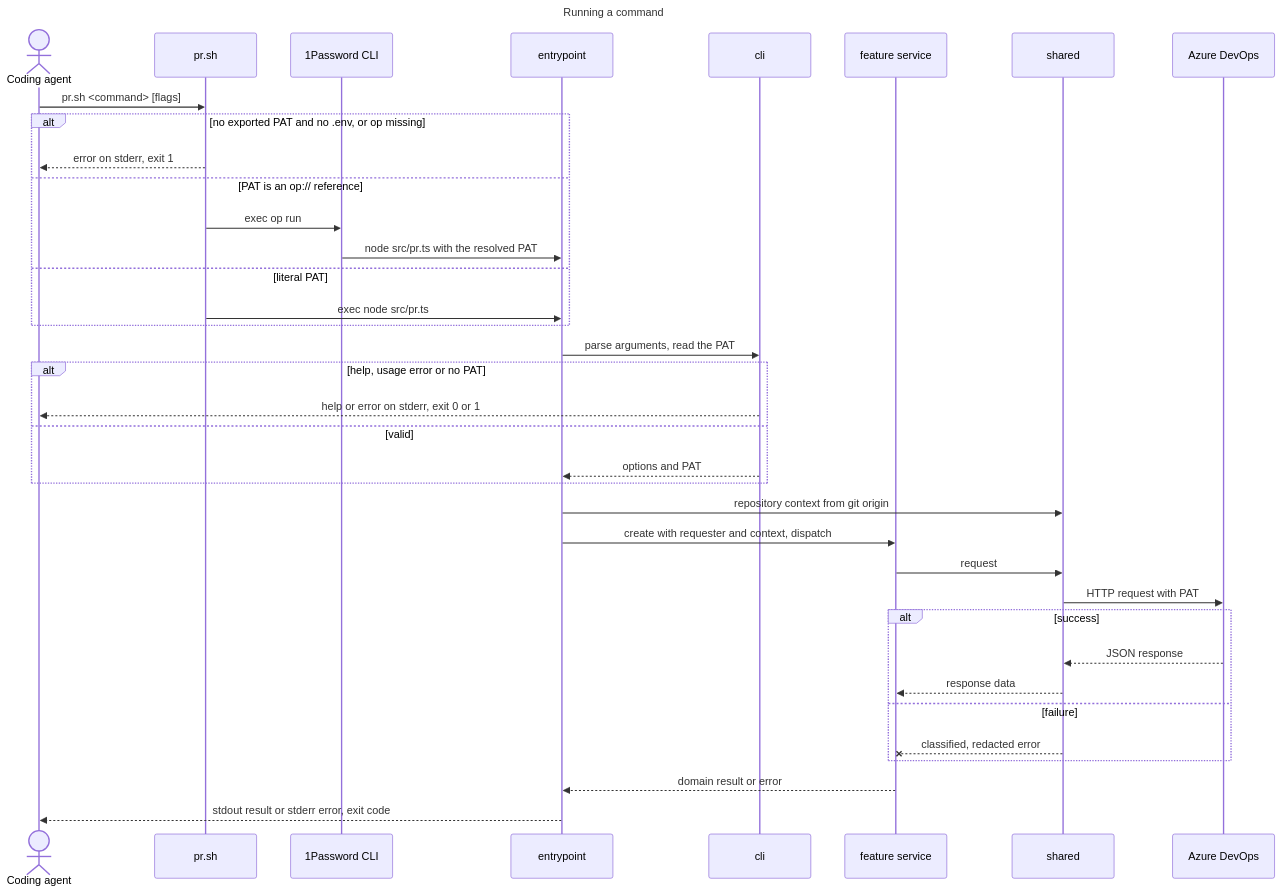
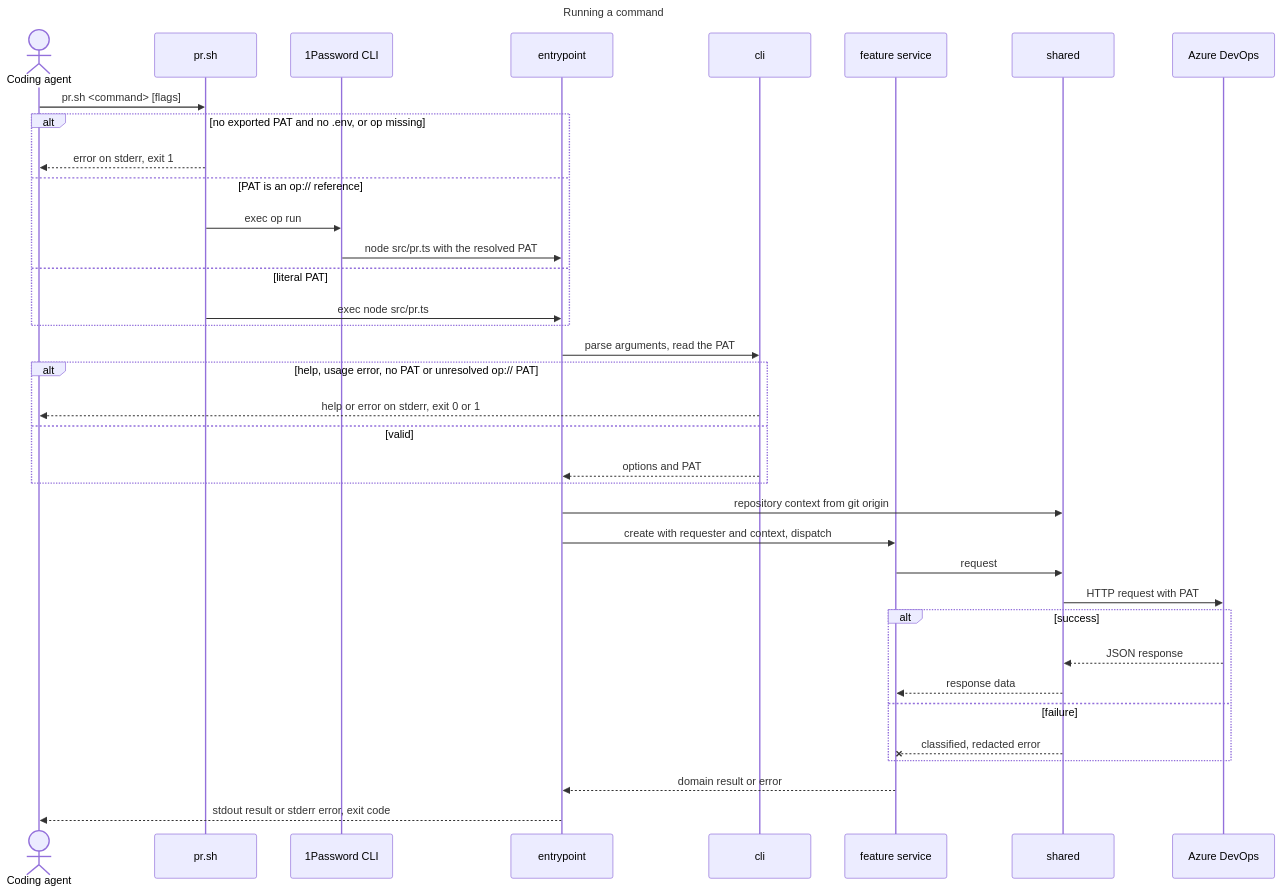
Before and after one commit to remshams/ado-pr: the third of 5 diagrams in docs/architecture/architecture.md, drawn with Mermaid. The commit also changed other lines of this file and 1 other file, not shown here.

Commit message:
docs(Architecture): list pr status requests in code order

````diff
--- a/docs/architecture/architecture.md
+++ b/docs/architecture/architecture.md
@@ -121,41 +121,41 @@
 ```mermaid
 ---
 title: Running a command
 ---
 sequenceDiagram
     actor Agent as Coding agent
     participant Launcher as pr.sh
     participant Op as 1Password CLI
     participant Entry as entrypoint
     participant Cli as cli
     participant Feature as feature service
     participant Shared as shared
     participant Azure as Azure DevOps
     Agent->>Launcher: pr.sh <command> [flags]
     alt no exported PAT and no .env, or op missing
         Launcher-->>Agent: error on stderr, exit 1
     else PAT is an op:// reference
         Launcher->>Op: exec op run
         Op->>Entry: node src/pr.ts with the resolved PAT
     else literal PAT
         Launcher->>Entry: exec node src/pr.ts
     end
     Entry->>Cli: parse arguments, read the PAT
-    alt help, usage error or no PAT
+    alt help, usage error, no PAT or unresolved op:// PAT
         Cli-->>Agent: help or error on stderr, exit 0 or 1
     else valid
         Cli-->>Entry: options and PAT
     end
     Entry->>Shared: repository context from git origin
     Entry->>Feature: create with requester and context, dispatch
     Feature->>Shared: request
     Shared->>Azure: HTTP request with PAT
     alt success
         Azure-->>Shared: JSON response
         Shared-->>Feature: response data
     else failure
         Shared--xFeature: classified, redacted error
     end
     Feature-->>Entry: domain result or error
     Entry-->>Agent: stdout result or stderr error, exit code
 ```
````
